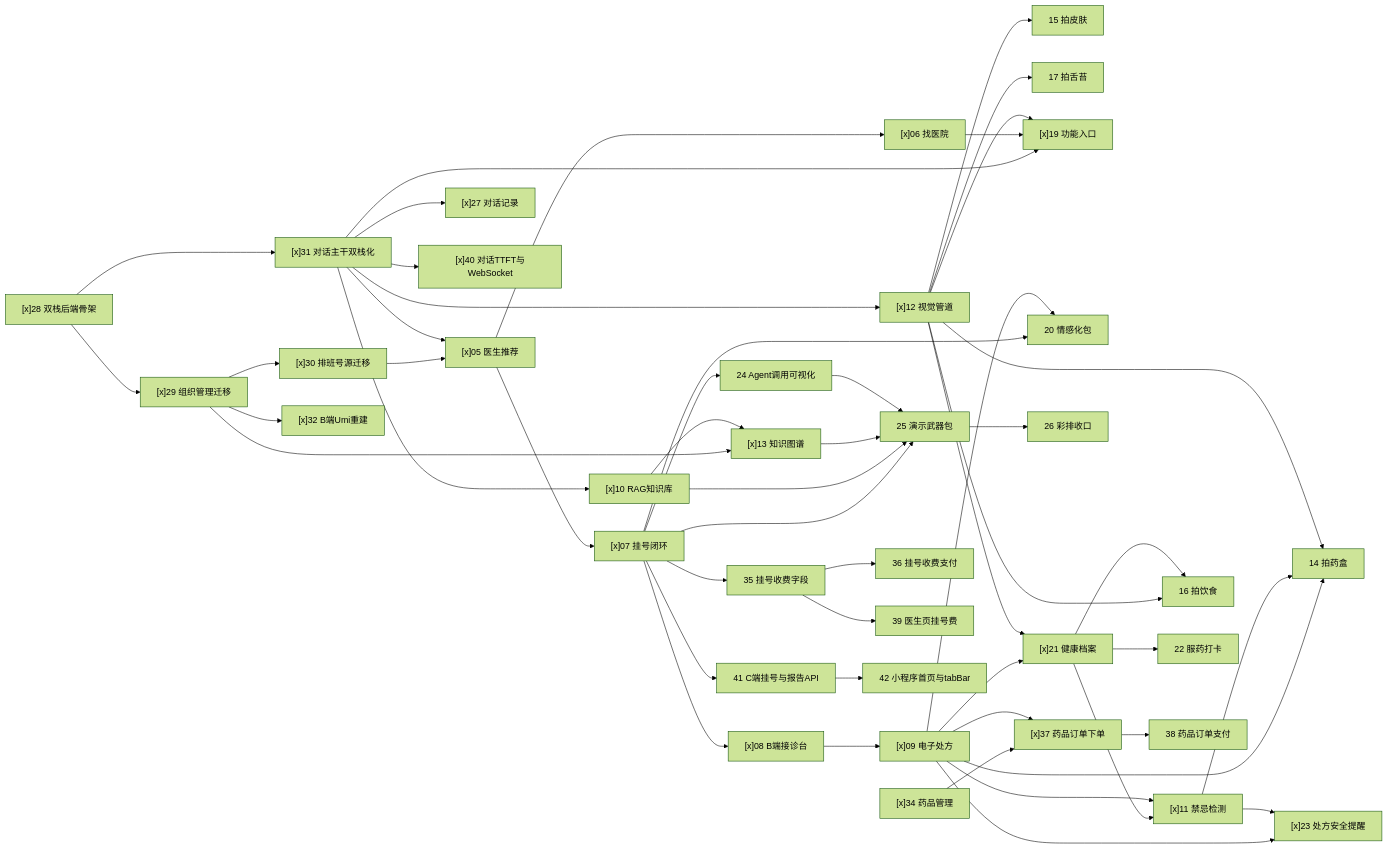
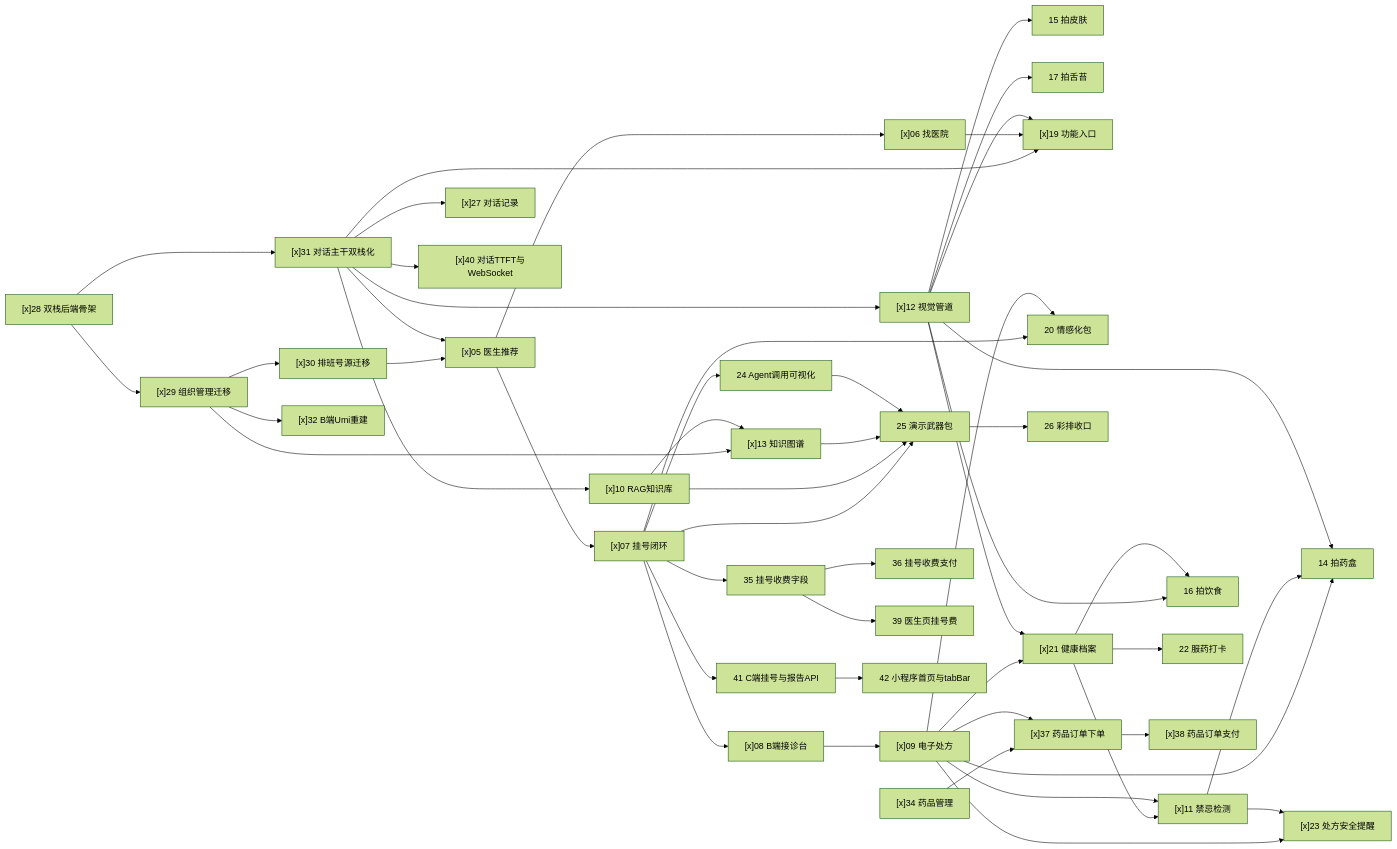
Before and after one commit to ILoveFurina/zhiyu-health: the diagram in README.md, drawn with Mermaid (forest theme). The commit also changed 1 other file, not shown here.

Commit message:
docs(order): 完成票38验收

```diff
--- a/README.md
+++ b/README.md
@@ -54,7 +54,7 @@
     T35["35 挂号收费字段"]
     T36["36 挂号收费支付"]
     T37["[x]37 药品订单下单"]
-    T38["38 药品订单支付"]
+    T38["[x]38 药品订单支付"]
     T39["39 医生页挂号费"]
     T40["[x]40 对话TTFT与WebSocket"]
     T41["41 C端挂号与报告API"]
```
